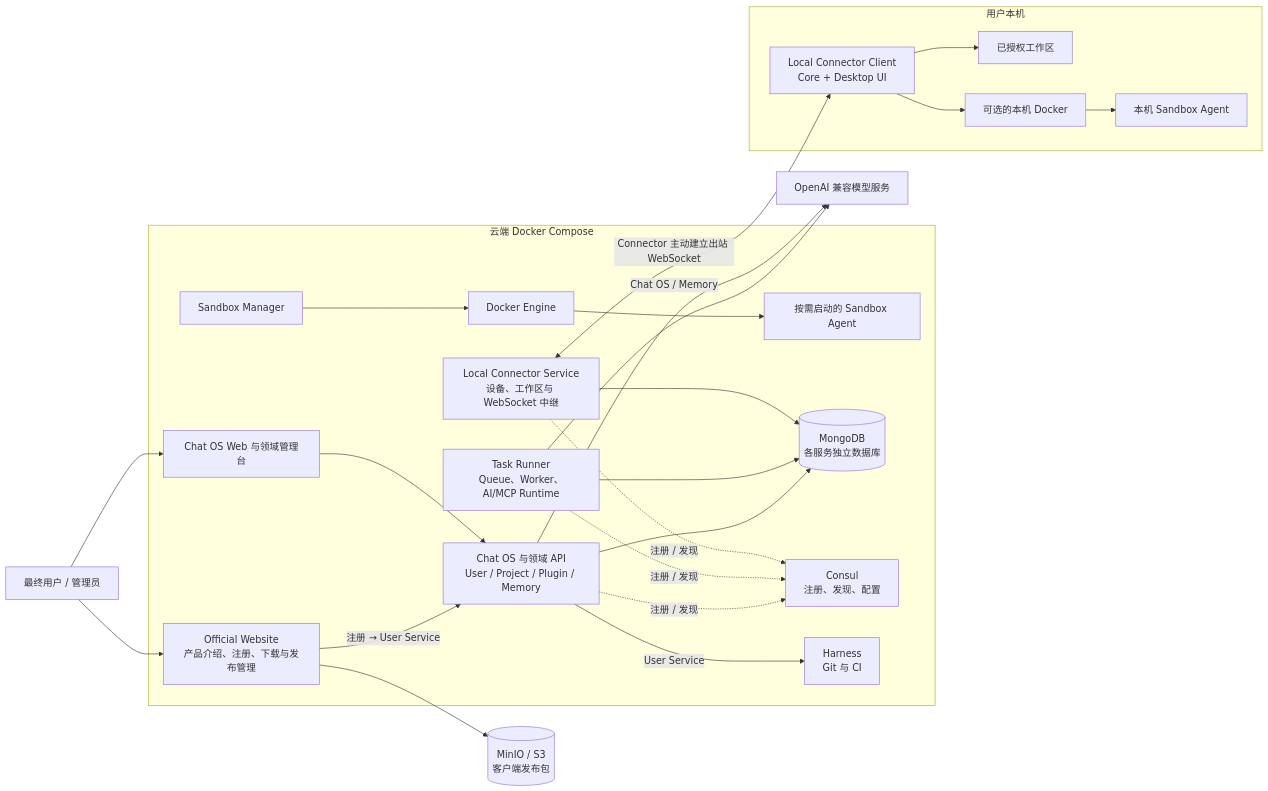
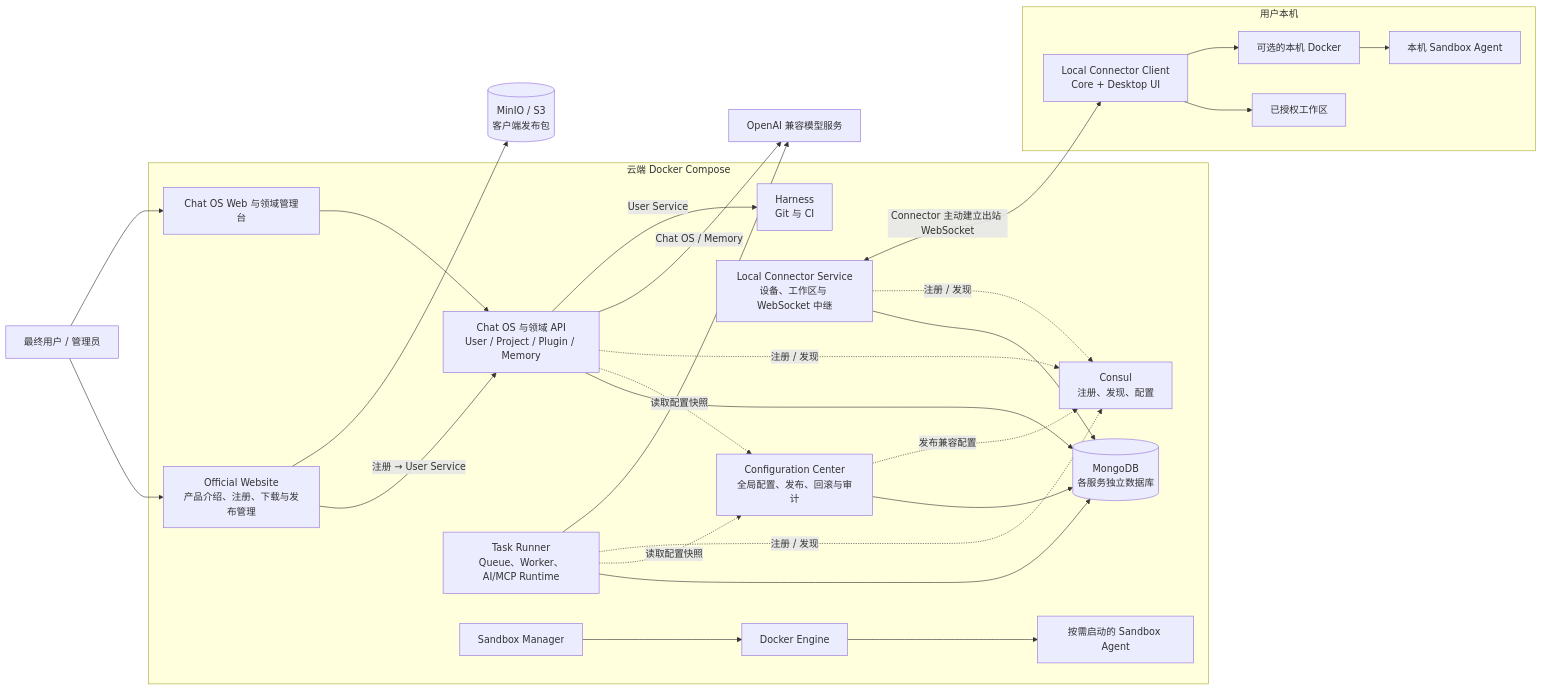
One commit to leeoohoo/chatos_rs changed the first of 7 diagrams in README.md. Above: the diagram before and after it, drawn with Mermaid. The commit also changed other lines of this file and 662 other files, not shown here.

````diff
--- a/README.md
+++ b/README.md
@@ -25,48 +26,53 @@
 ```mermaid
 flowchart LR
     actor["最终用户 / 管理员"]
     model["OpenAI 兼容模型服务"]
     minio[("MinIO / S3<br/>客户端发布包")]
 
     subgraph cloud["云端 Docker Compose"]
         website["Official Website<br/>产品介绍、注册、下载与发布管理"]
         web["Chat OS Web 与领域管理台"]
         api["Chat OS 与领域 API<br/>User / Project / Plugin / Memory"]
         runner["Task Runner<br/>Queue、Worker、AI/MCP Runtime"]
+        config["Configuration Center<br/>全局配置、发布、回滚与审计"]
         relay["Local Connector Service<br/>设备、工作区与 WebSocket 中继"]
         sandbox["Sandbox Manager"]
         cloudAgent["按需启动的 Sandbox Agent"]
         mongo[("MongoDB<br/>各服务独立数据库")]
         consul["Consul<br/>注册、发现、配置"]
         harness["Harness<br/>Git 与 CI"]
         cloudDocker["Docker Engine"]
     end
 
     subgraph local["用户本机"]
         connector["Local Connector Client<br/>Core + Desktop UI"]
         workspace["已授权工作区"]
         localDocker["可选的本机 Docker"]
         localAgent["本机 Sandbox Agent"]
     end
 
     actor --> website
     actor --> web
     website -->|"注册 → User Service"| api
     website --> minio
     web --> api
     api --> mongo
     runner --> mongo
+    config --> mongo
     relay --> mongo
+    api -. "读取配置快照" .-> config
+    runner -. "读取配置快照" .-> config
+    config -. "发布兼容配置" .-> consul
     api -. "注册 / 发现" .-> consul
     runner -. "注册 / 发现" .-> consul
     relay -. "注册 / 发现" .-> consul
     runner --> model
     api -->|"Chat OS / Memory"| model
     api -->|"User Service"| harness
     sandbox --> cloudDocker
     cloudDocker --> cloudAgent
     relay <-->|"Connector 主动建立出站 WebSocket"| connector
     connector --> workspace
     connector --> localDocker
     localDocker --> localAgent
 ```
````
